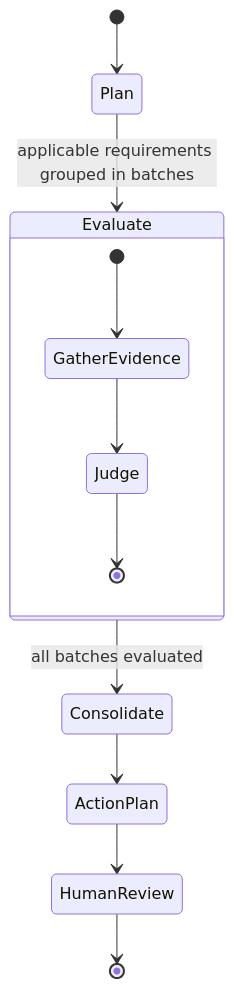
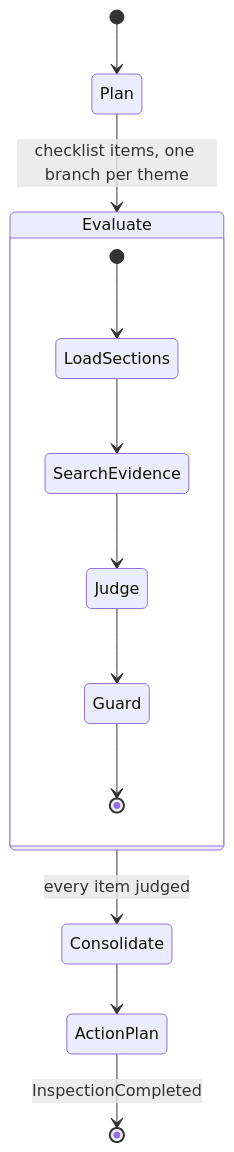
One commit to KauaVilasBoas/Normetry changed the fifth of 5 diagrams in README.md. Above: the diagram before and after it, drawn with Mermaid. The commit also changed other lines of this file and 4 other files, not shown here.

````diff
--- a/README.md
+++ b/README.md
@@ -262,14 +277,15 @@
 ```mermaid
 stateDiagram-v2
     [*] --> Plan
-    Plan --> Evaluate: applicable requirements grouped in batches
+    Plan --> Evaluate: checklist items, one branch per theme
     state Evaluate {
-        [*] --> GatherEvidence
-        GatherEvidence --> Judge
-        Judge --> [*]
+        [*] --> LoadSections
+        LoadSections --> SearchEvidence
+        SearchEvidence --> Judge
+        Judge --> Guard
+        Guard --> [*]
     }
-    Evaluate --> Consolidate: all batches evaluated
+    Evaluate --> Consolidate: every item judged
     Consolidate --> ActionPlan
-    ActionPlan --> HumanReview
-    HumanReview --> [*]
+    ActionPlan --> [*]: InspectionCompleted
 ```
````
